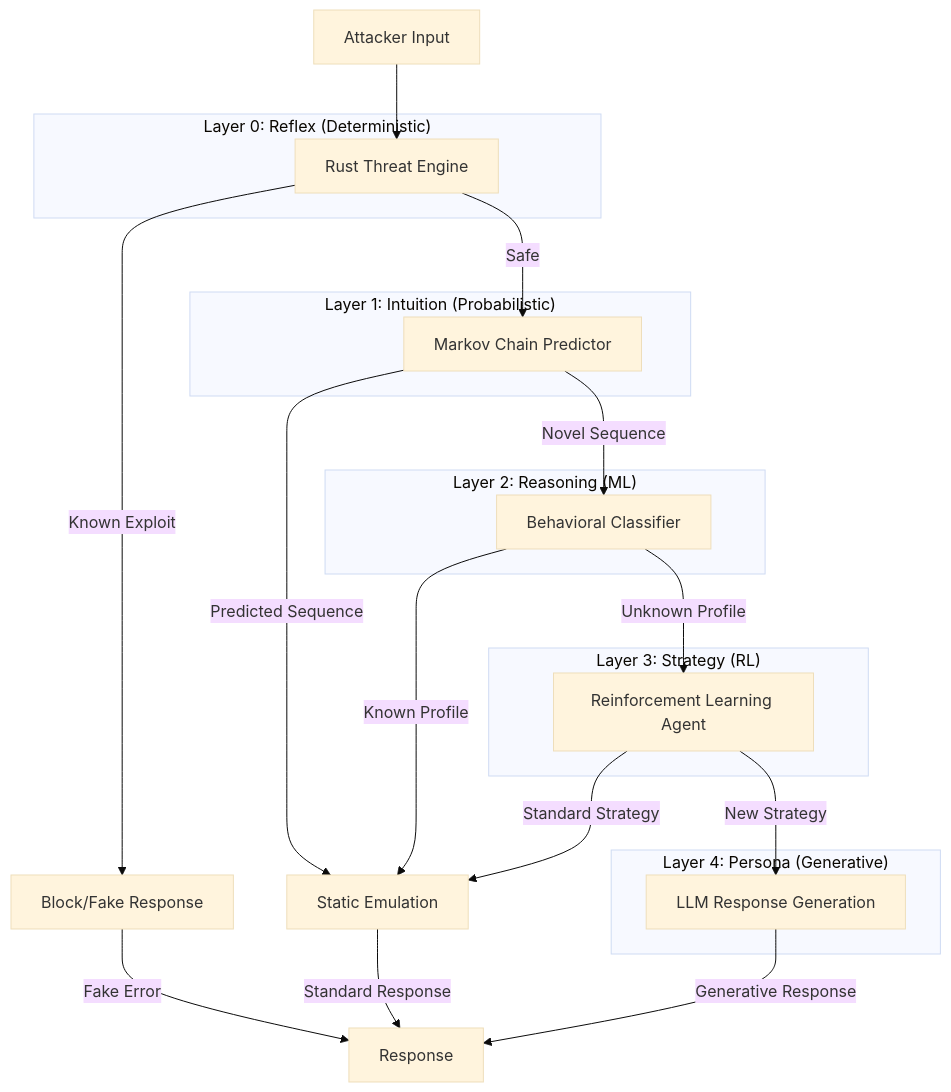
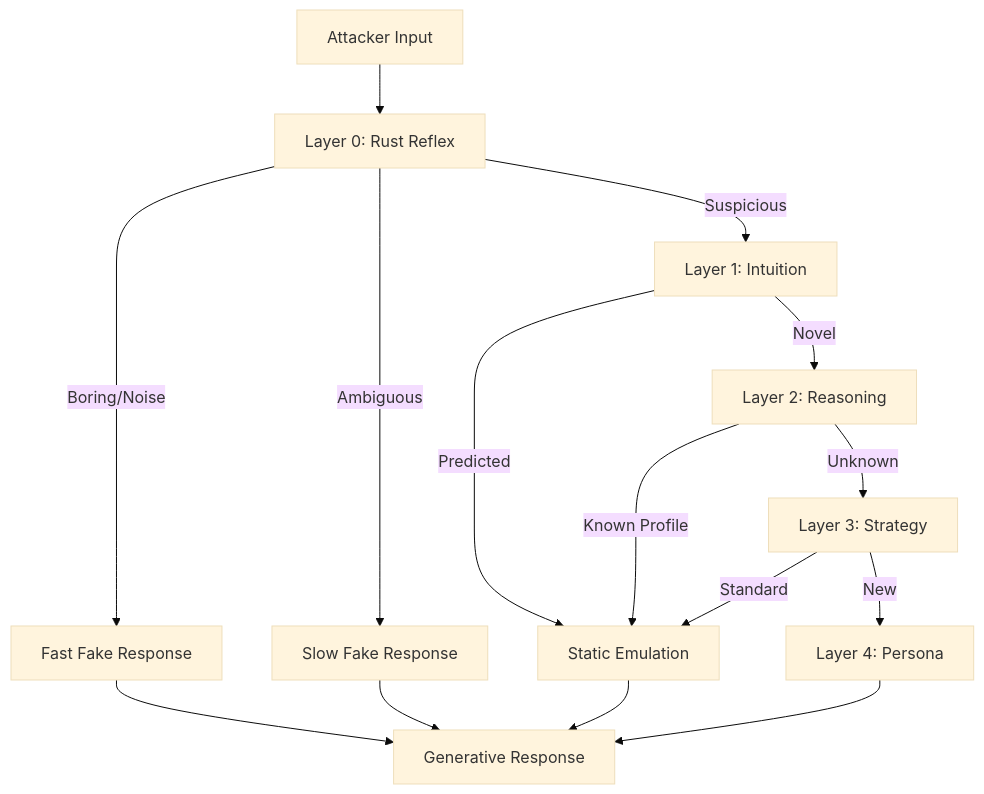
One commit to Rizzy1857/Apate changed the diagram in docs/ROADMAP.md. Above: the diagram before and after it, drawn with Mermaid (base theme). The commit also changed other lines of this file and 24 other files, not shown here.

````diff
--- a/docs/ROADMAP.md
+++ b/docs/ROADMAP.md
@@ -52,40 +85,22 @@
 ```mermaid
 graph TD
-    subgraph "Layer 4: Persona (Generative)"
-        L4[LLM Response Generation]
-    end
+    Input[Attacker Input] --> L0[Layer 0: Rust Reflex]
     
-    subgraph "Layer 3: Strategy (RL)"
-        L3[Reinforcement Learning Agent]
-    end
+    L0 -->|Boring/Noise| fast[Fast Fake Response]
+    L0 -->|Ambiguous| slow[Slow Fake Response]
+    L0 -->|Suspicious| L1[Layer 1: Intuition]
     
-    subgraph "Layer 2: Reasoning (ML)"
-        L2[Behavioral Classifier]
-    end
+    L1 -->|Predicted| static[Static Emulation]
+    L1 -->|Novel| L2[Layer 2: Reasoning]
     
-    subgraph "Layer 1: Intuition (Probabilistic)"
-        L1[Markov Chain Predictor]
-    end
+    L2 -->|Known Profile| static
+    L2 -->|Unknown| L3[Layer 3: Strategy]
     
-    subgraph "Layer 0: Reflex (Deterministic)"
-        L0[Rust Threat Engine]
-    end
-
-    Input[Attacker Input] --> L0
+    L3 -->|Standard| static
+    L3 -->|New| L4[Layer 4: Persona]
     
-    L0 -->|Known Exploit| Block[Block/Fake Response]
-    L0 -->|Safe| L1
-    
-    L1 -->|Predicted Sequence| Static[Static Emulation]
-    L1 -->|Novel Sequence| L2
-    
-    L2 -->|Known Profile| Static
-    L2 -->|Unknown Profile| L3
-    
-    L3 -->|Standard Strategy| Static
-    L3 -->|New Strategy| L4
-    
-    L4 -->|Generative Response| Output[Response]
-    Static -->|Standard Response| Output
-    Block -->|Fake Error| Output
+    L4 --> Output[Generative Response]
+    static --> Output
+    fast --> Output
+    slow --> Output
 ```
````
